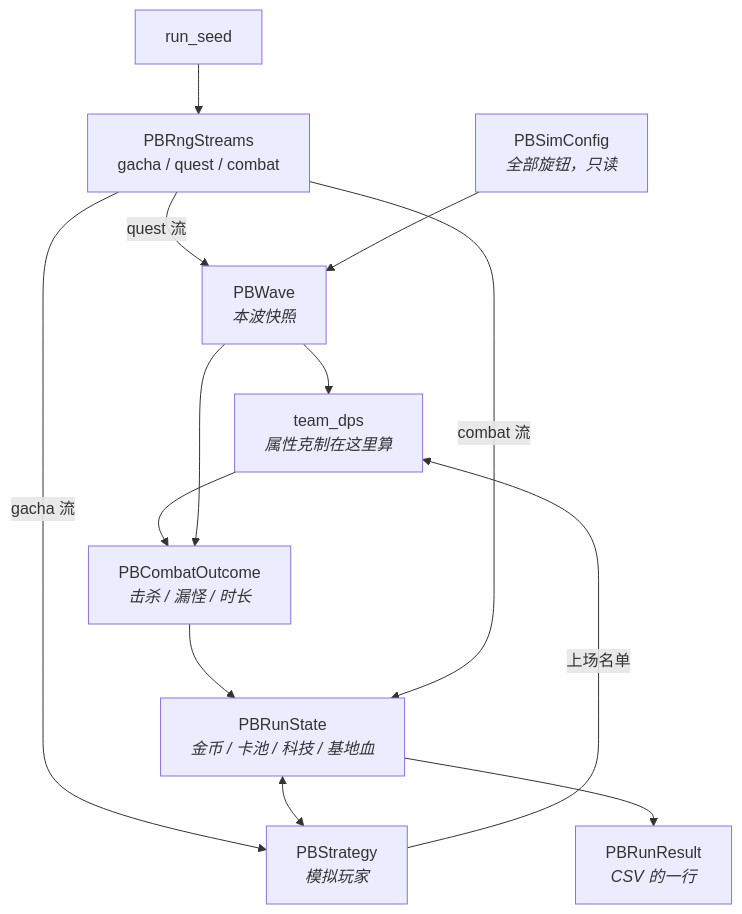
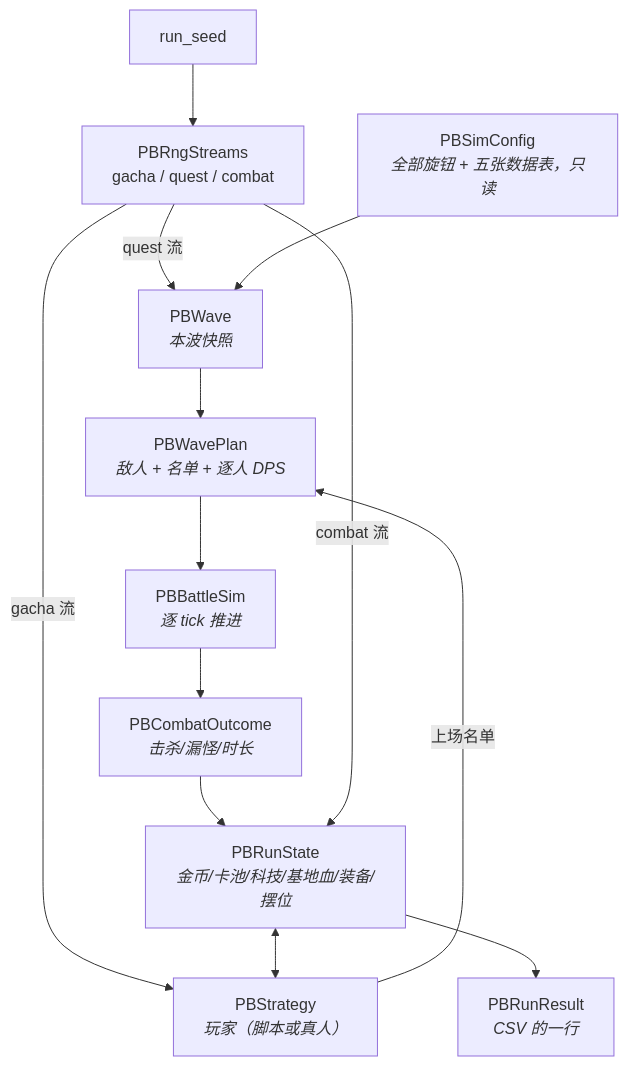
One commit to ShinyRuo/PixelBattle changed the third of 3 diagrams in Docs/代码导读.md. Above: the diagram before and after it, drawn with Mermaid. The commit also changed other lines of this file, not shown here.

````diff
--- a/Docs/代码导读.md
+++ b/Docs/代码导读.md
@@ -117,20 +126,20 @@
 ```mermaid
 flowchart TD
-    cfg["PBSimConfig<br><i>全部旋钮，只读</i>"]
+    cfg["PBSimConfig<br><i>全部旋钮 + 五张数据表，只读</i>"]
     seed["run_seed"] --> streams["PBRngStreams<br>gacha / quest / combat"]
 
     streams -->|quest 流| wave["PBWave<br><i>本波快照</i>"]
     cfg --> wave
-    state["PBRunState<br><i>金币 / 卡池 / 科技 / 基地血</i>"]
-    strat["PBStrategy<br><i>模拟玩家</i>"]
+    state["PBRunState<br><i>金币/卡池/科技/基地血/装备/摆位</i>"]
+    strat["PBStrategy<br><i>玩家（脚本或真人）</i>"]
 
     streams -->|gacha 流| strat
     state <--> strat
-    strat -->|上场名单| dps["team_dps<br><i>属性克制在这里算</i>"]
-    wave --> dps
-    dps --> outcome["PBCombatOutcome<br><i>击杀 / 漏怪 / 时长</i>"]
-    wave --> outcome
+    strat -->|上场名单| plan["PBWavePlan<br><i>敌人 + 名单 + 逐人 DPS</i>"]
+    wave --> plan
+    plan --> battle["PBBattleSim<br><i>逐 tick 推进</i>"]
+    battle --> outcome["PBCombatOutcome<br><i>击杀/漏怪/时长</i>"]
     outcome --> state
     streams -->|combat 流| state
     state --> result["PBRunResult<br><i>CSV 的一行</i>"]
 ```
````
